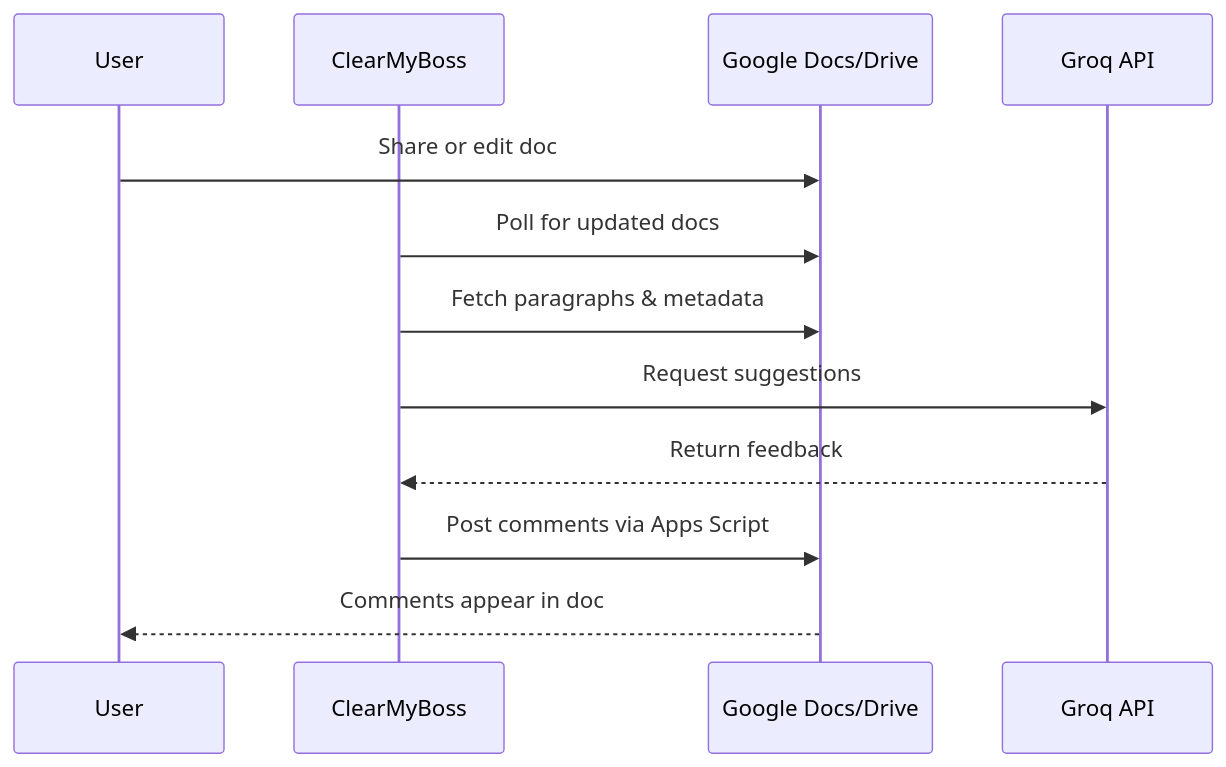
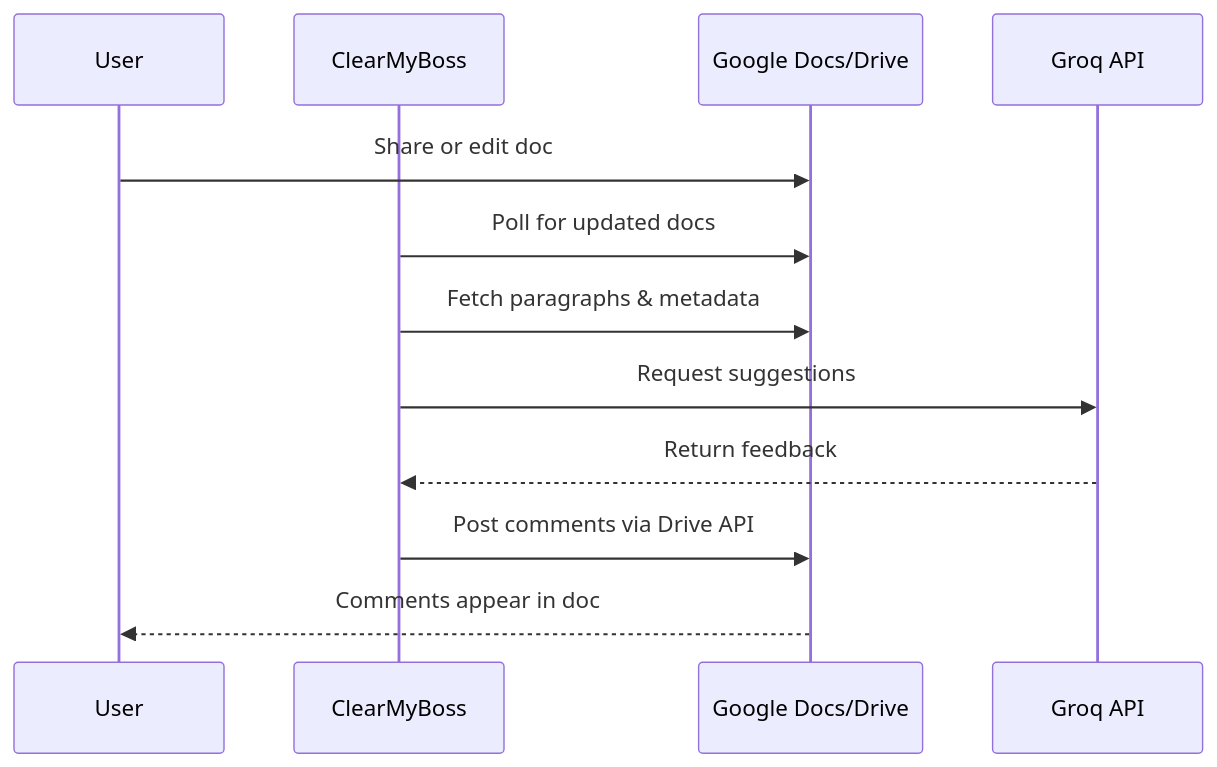
The second of 2 diagrams in README.md (yYorky/ClearMyBoss), drawn with Mermaid before and after one commit. The commit also changed other lines of this file and 9 other files, not shown here.

Commit message:
feat: replace Apps Script with Drive comments

````diff
--- a/README.md
+++ b/README.md
@@ -57,15 +55,15 @@
 ```mermaid
 sequenceDiagram
     participant U as User
     participant C as ClearMyBoss
     participant GDocs as Google Docs/Drive
     participant LLM as Groq API
 
     U->>GDocs: Share or edit doc
     C->>GDocs: Poll for updated docs
     C->>GDocs: Fetch paragraphs & metadata
     C->>LLM: Request suggestions
     LLM-->>C: Return feedback
-    C->>GDocs: Post comments via Apps Script
+    C->>GDocs: Post comments via Drive API
     GDocs-->>U: Comments appear in doc
 ```
````
